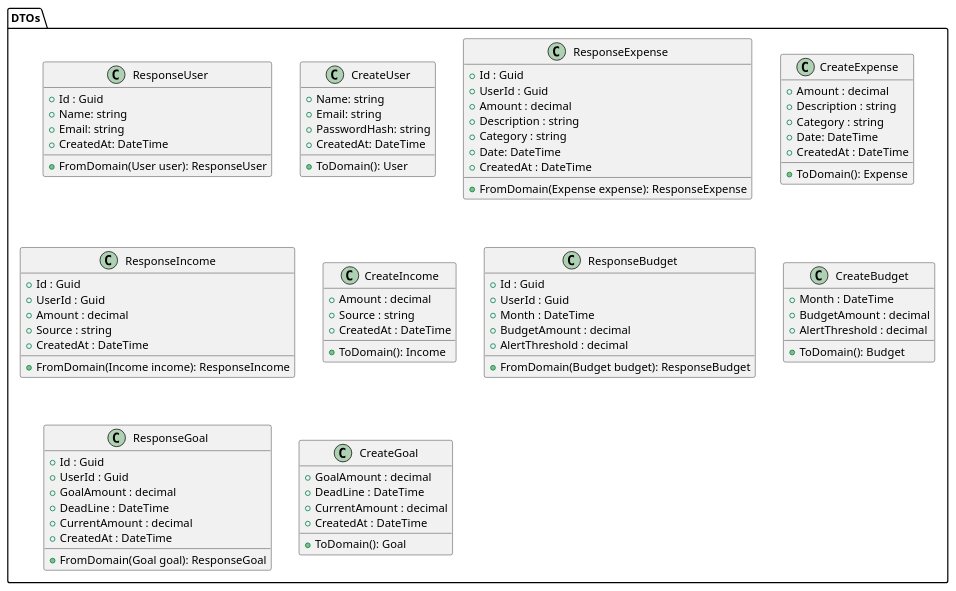
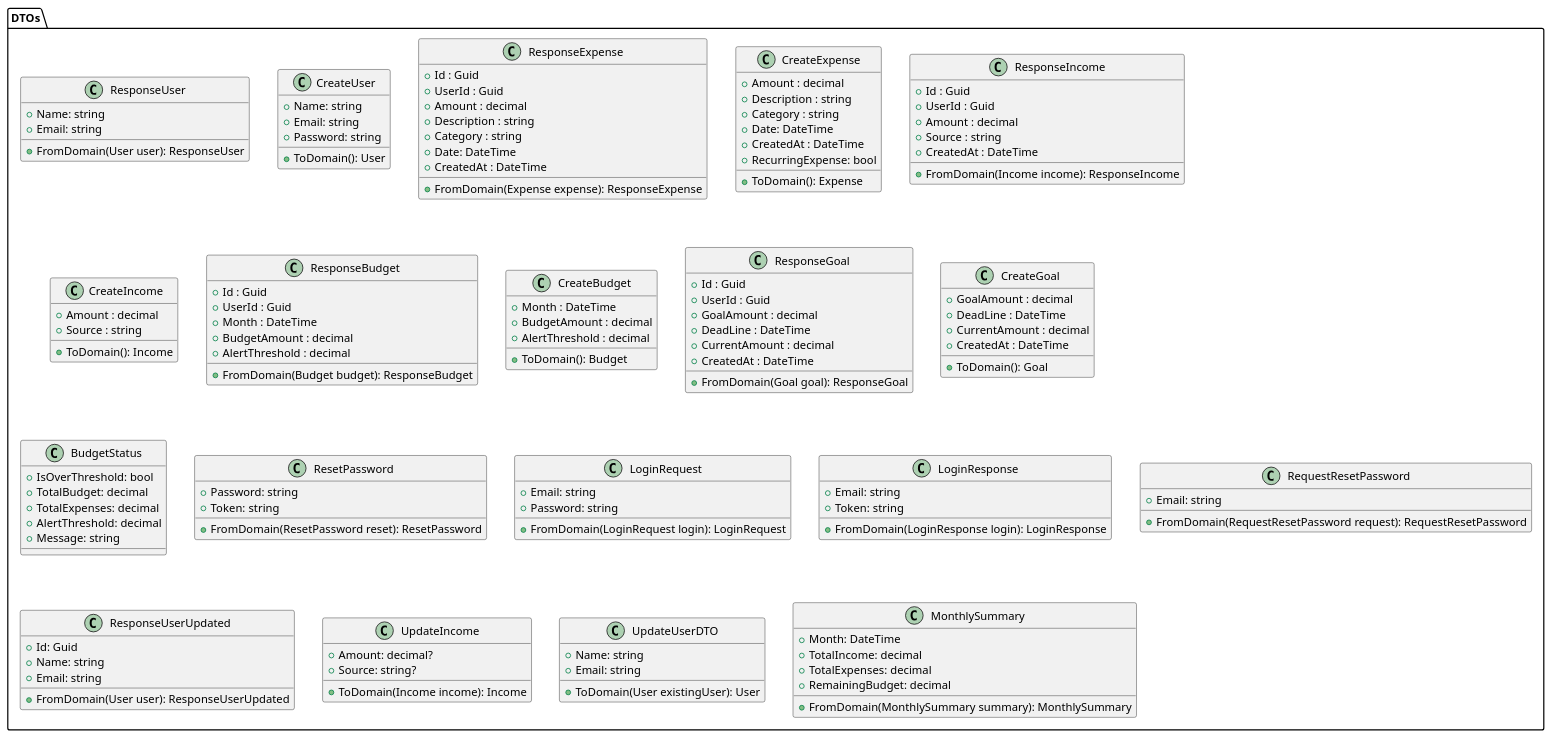
Before and after one commit to programacion-6/ExpenseTrackerGroup3: the diagram in Design/dtos.puml, drawn with PlantUML. The commit also changed 7 other files, not shown here.

```diff
--- a/Design/dtos.puml
+++ b/Design/dtos.puml
@@ -1,91 +1,145 @@
 @startuml dtos
 
 package "DTOs" {
     class ResponseUser {
-        + Id : Guid
         + Name: string
         + Email: string
-        + CreatedAt: DateTime
         + FromDomain(User user): ResponseUser
     }
 
     class CreateUser {
         + Name: string
         + Email: string
-        + PasswordHash: string
-        + CreatedAt: DateTime
+        + Password: string
         + ToDomain(): User
     }
 
     class ResponseExpense {
         + Id : Guid
         + UserId : Guid
         + Amount : decimal
         + Description : string
         + Category : string
         + Date: DateTime
         + CreatedAt : DateTime
         + FromDomain(Expense expense): ResponseExpense
     }
 
     class CreateExpense {
         + Amount : decimal
         + Description : string
         + Category : string
         + Date: DateTime
         + CreatedAt : DateTime
+        + RecurringExpense: bool
         + ToDomain(): Expense
     }
 
     class ResponseIncome {
         + Id : Guid
         + UserId : Guid
         + Amount : decimal
         + Source : string
         + CreatedAt : DateTime
         + FromDomain(Income income): ResponseIncome
     }
 
     class CreateIncome {
         + Amount : decimal
         + Source : string
-        + CreatedAt : DateTime
         + ToDomain(): Income
     }
 
     class ResponseBudget {
         + Id : Guid
         + UserId : Guid
         + Month : DateTime
         + BudgetAmount : decimal
         + AlertThreshold : decimal
         + FromDomain(Budget budget): ResponseBudget
     }
 
     class CreateBudget {
         + Month : DateTime
         + BudgetAmount : decimal
         + AlertThreshold : decimal
         + ToDomain(): Budget
     }
 
     class ResponseGoal {
         + Id : Guid
         + UserId : Guid
         + GoalAmount : decimal
         + DeadLine : DateTime
         + CurrentAmount : decimal
         + CreatedAt : DateTime
         + FromDomain(Goal goal): ResponseGoal
     }
 
     class CreateGoal {
         + GoalAmount : decimal
         + DeadLine : DateTime
         + CurrentAmount : decimal
         + CreatedAt : DateTime
         + ToDomain(): Goal
     }
+
+    class BudgetStatus {
+        + IsOverThreshold: bool
+        + TotalBudget: decimal
+        + TotalExpenses: decimal
+        + AlertThreshold: decimal
+        + Message: string
+    }
+
+    class ResetPassword {
+        + Password: string
+        + Token: string
+        + FromDomain(ResetPassword reset): ResetPassword
+    }
+
+    class LoginRequest {
+        + Email: string
+        + Password: string
+        + FromDomain(LoginRequest login): LoginRequest
+    }
+
+    class LoginResponse {
+        + Email: string
+        + Token: string
+        + FromDomain(LoginResponse login): LoginResponse
+    }
+
+    class RequestResetPassword {
+        + Email: string
+        + FromDomain(RequestResetPassword request): RequestResetPassword
+    }
+
+    class ResponseUserUpdated {
+        + Id: Guid
+        + Name: string
+        + Email: string
+        + FromDomain(User user): ResponseUserUpdated
+    }
+
+    class UpdateIncome {
+        + Amount: decimal?
+        + Source: string?
+        + ToDomain(Income income): Income
+    }
+
+    class UpdateUserDTO {
+        + Name: string
+        + Email: string
+        + ToDomain(User existingUser): User
+    }
+
+    class MonthlySummary {
+        + Month: DateTime
+        + TotalIncome: decimal
+        + TotalExpenses: decimal
+        + RemainingBudget: decimal
+        + FromDomain(MonthlySummary summary): MonthlySummary
 }
 
 @enduml
```
